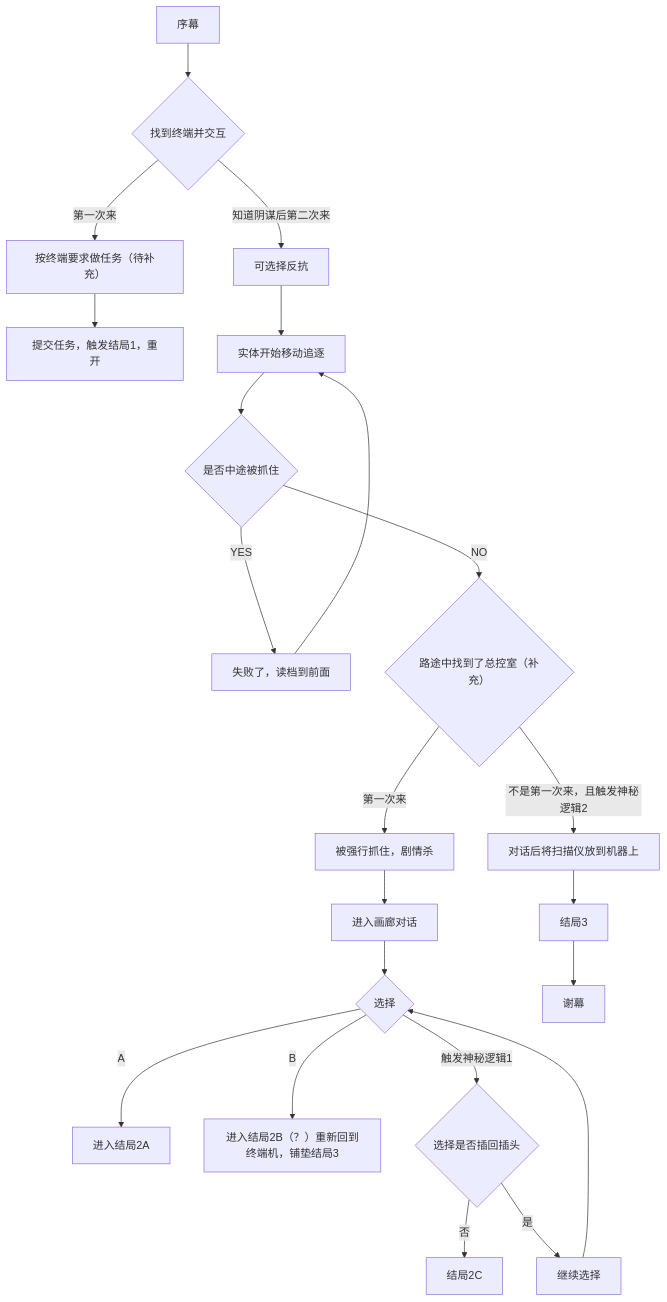
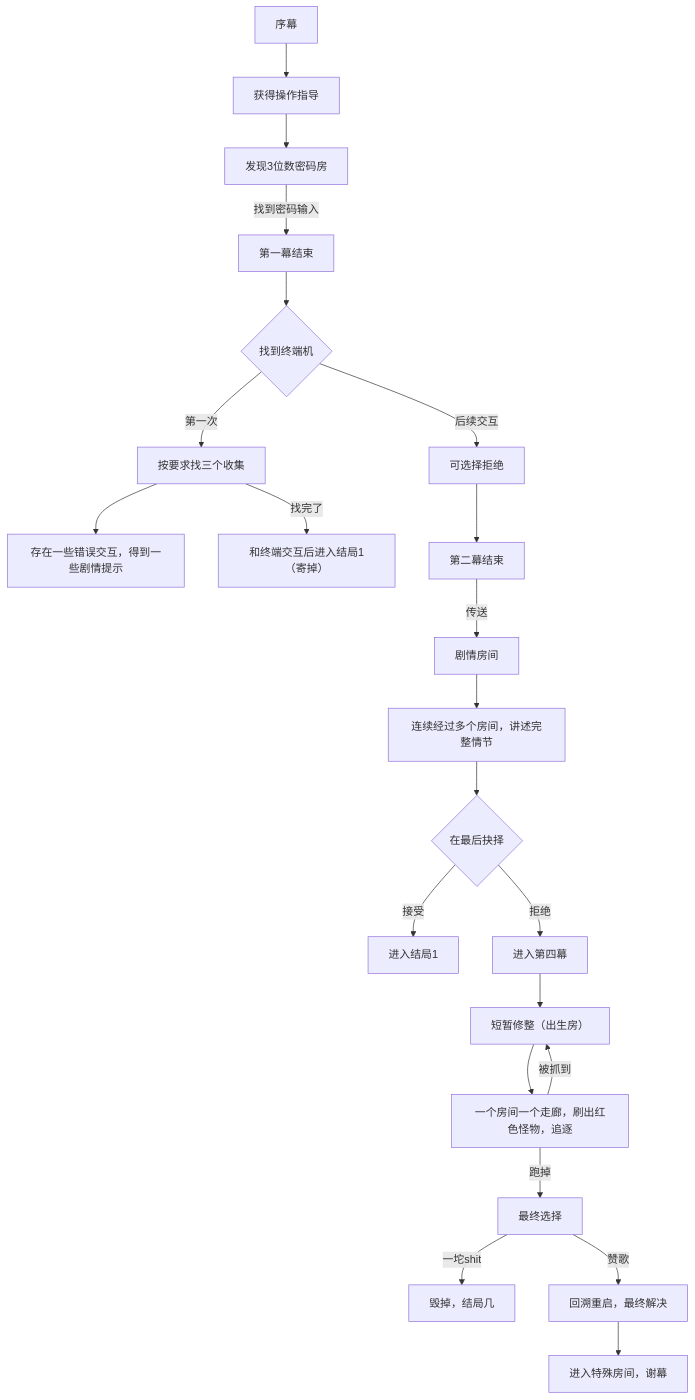
The diagram in docs/checkpoint.md (yht0511/Terminus), drawn with Mermaid before and after one commit. The commit also changed other lines of this file and 4 other files, not shown here.

````diff
--- a/docs/checkpoint.md
+++ b/docs/checkpoint.md
@@ -3,29 +3,24 @@
 ```mermaid
 graph TD
-    pre[序幕]-->start{找到终端并交互}
-    start -->|第一次来| section1_1[按终端要求做任务（待补充）]
-    start -->|知道阴谋后第二次来| section2_1[可选择反抗]
-
-    section1_1 --> ending1[提交任务，触发结局1，重开]
-    section2_1 --> section2_2[实体开始移动追逐]
-    section2_2 --> section2_3{是否中途被抓住}
-    section2_3 -->|YES| fail[失败了，读档到前面]
-    fail --> section2_2
-    section2_3 -->|NO| success{路途中找到了总控室（补充）}
-
-    success --> |第一次来| section3_1[被强行抓住，剧情杀]
-    success --> |不是第一次来，且触发神秘逻辑2| section4[对话后将扫描仪放到机器上]
-    
-    section3_1 --> section3_1_1[进入画廊对话]
-    section3_1_1 --> section3_2{选择}
-    section3_2 --> |A| ending2A[进入结局2A]
-    section3_2 --> |B| restart[进入结局2B（？）重新回到终端机，铺垫结局3]
-    section3_2 --> |触发神秘逻辑1| section3_2_1{选择是否插回插头}
-    section3_2_1 --> |否| ending2C[结局2C]
-    section3_2_1 --> |是| continue[继续选择]
-    continue --> section3_2
-
-    section4 --> ending3[结局3]
-    ending3 --> final[谢幕]
-
+    pre[序幕]-->help[获得操作指导]
+    help-->password[发现3位数密码房]
+    password-->|找到密码输入|find_pwd[第一幕结束]
+    find_pwd-->terminal{找到终端机}
+    terminal-->|第一次|find_module[按要求找三个收集]
+    find_module-->extra[存在一些错误交互，得到一些剧情提示]
+    find_module-->|找完了|check[和终端交互后进入结局1（寄掉）]
+    terminal-->|后续交互|deny[可选择拒绝]
+    deny-->second_end[第二幕结束]
+    second_end-->|传送|story_3[剧情房间]
+    story_3-->story_get[连续经过多个房间，讲述完整情节]
+    story_get-->option{在最后抉择}
+    option-->|接受|fail[进入结局1]
+    option-->|拒绝|story4[进入第四幕]
+    story4-->rest_room[短暂修整（出生房）]
+    rest_room-->monster[一个房间一个走廊，刷出红色怪物，追逐]
+    monster-->|被抓到|rest_room
+    monster-->|跑掉|ending[最终选择]
+    ending-->|一坨shit|destory[毁掉，结局几]
+    ending-->|赞歌|recover[回溯重启，最终解决]
+    recover-->thanks[进入特殊房间，谢幕]
 ```
````
